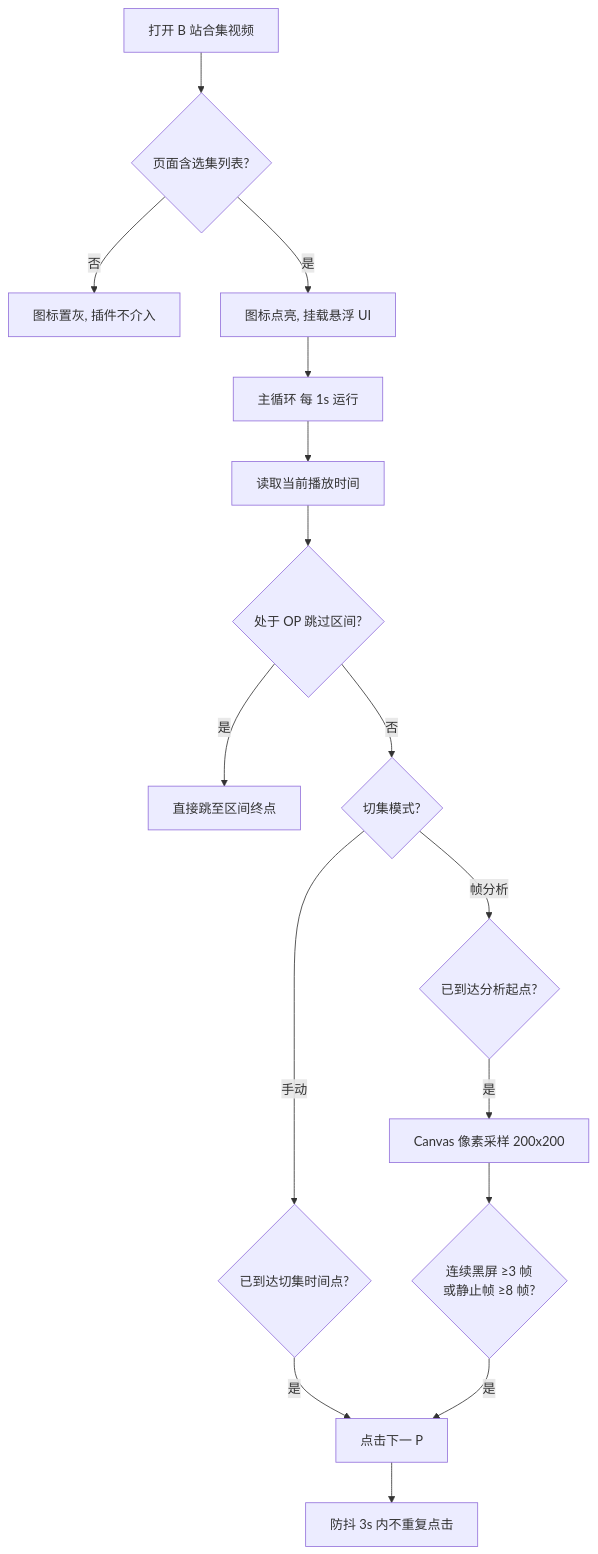
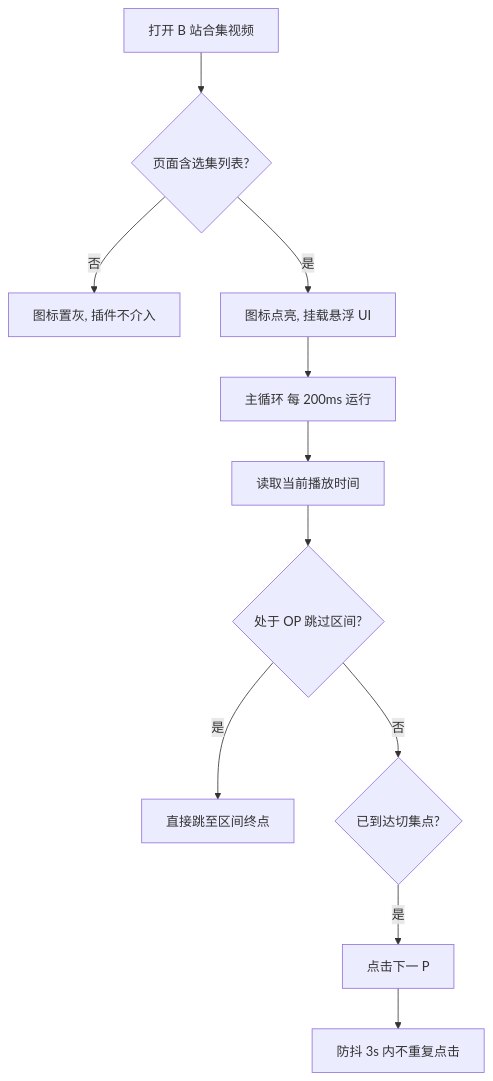
Before and after one commit to MasterFrontEndYu/bilibiliMovieControl: the first of 2 diagrams in README.md, drawn with Mermaid. The commit also changed other lines of this file and 18 other files, not shown here.

````diff
--- a/README.md
+++ b/README.md
@@ -116,20 +114,14 @@
 ```mermaid
 flowchart TD
     A[打开 B 站合集视频] --> B{页面含选集列表?}
     B -- 否 --> C[图标置灰, 插件不介入]
     B -- 是 --> D[图标点亮, 挂载悬浮 UI]
 
-    D --> E[主循环 每 1s 运行]
+    D --> E[主循环 每 200ms 运行]
     E --> F[读取当前播放时间]
     F --> G{处于 OP 跳过区间?}
     G -- 是 --> H[直接跳至区间终点]
-    G -- 否 --> I{切集模式?}
-
-    I -- 手动 --> J{已到达切集时间点?}
-    J -- 是 --> K[点击下一 P]
-    I -- 帧分析 --> L{已到达分析起点?}
-    L -- 是 --> M[Canvas 像素采样 200x200]
-    M --> N{连续黑屏 ≥3 帧<br/>或静止帧 ≥8 帧?}
-    N -- 是 --> K
+    G -- 否 --> I{已到达切集点?}
+    I -- 是 --> K[点击下一 P]
     K --> O[防抖 3s 内不重复点击]
 ```
````
